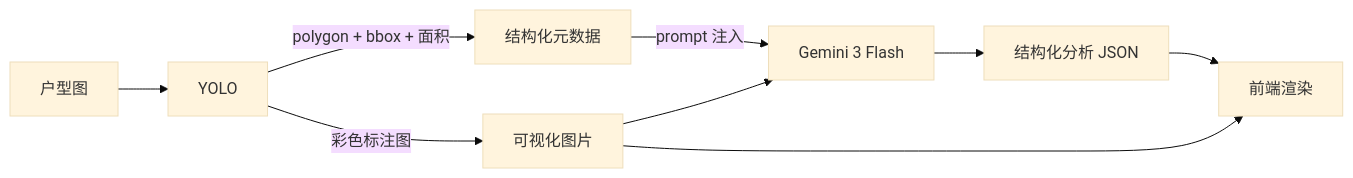
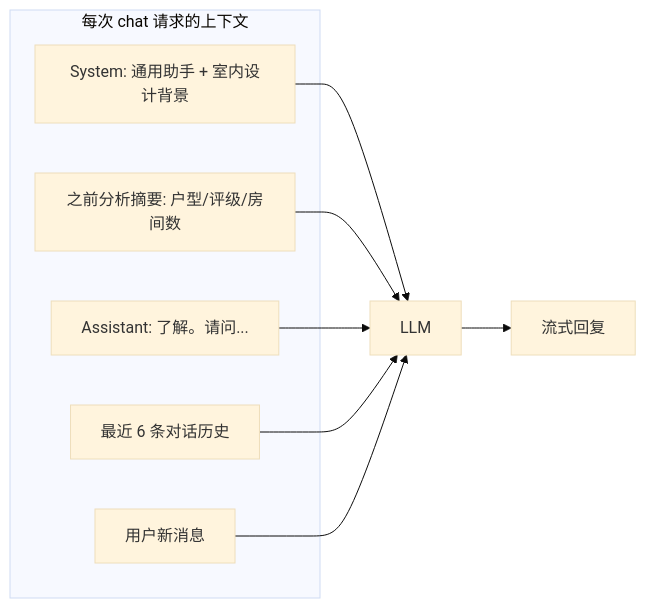
One commit to Favio8/ODplatform-XDU changed the seventh of 8 diagrams in TECH_REPORT.md. Above: the diagram before and after it, drawn with Mermaid (base theme). The commit also changed other lines of this file, not shown here.

First line of the commit message:
docs: rewrite tech report — agent architecture and flow

````diff
--- a/TECH_REPORT.md
+++ b/TECH_REPORT.md
@@ -48,13 +315,17 @@
 ```mermaid
 flowchart LR
-    IMG[户型图] --> YOLO
-    YOLO -->|polygon + bbox + 面积| META[结构化元数据]
-    YOLO -->|彩色标注图| VIS[可视化图片]
+    subgraph Context["每次 chat 请求的上下文"]
+        SYS[System: 通用助手 + 室内设计背景]
+        PREV[之前分析摘要: 户型/评级/房间数]
+        ACK[Assistant: 了解。请问...]
+        HIST[最近 6 条对话历史]
+        NEW[用户新消息]
+    end
 
-    VIS --> LLM[Gemini 3 Flash]
-    META -->|prompt 注入| LLM
-    LLM --> JSON[结构化分析 JSON]
-
-    JSON --> UI[前端渲染]
-    VIS --> UI
+    SYS --> LLM
+    PREV --> LLM
+    ACK --> LLM
+    HIST --> LLM
+    NEW --> LLM
+    LLM --> REPLY[流式回复]
 ```
````
